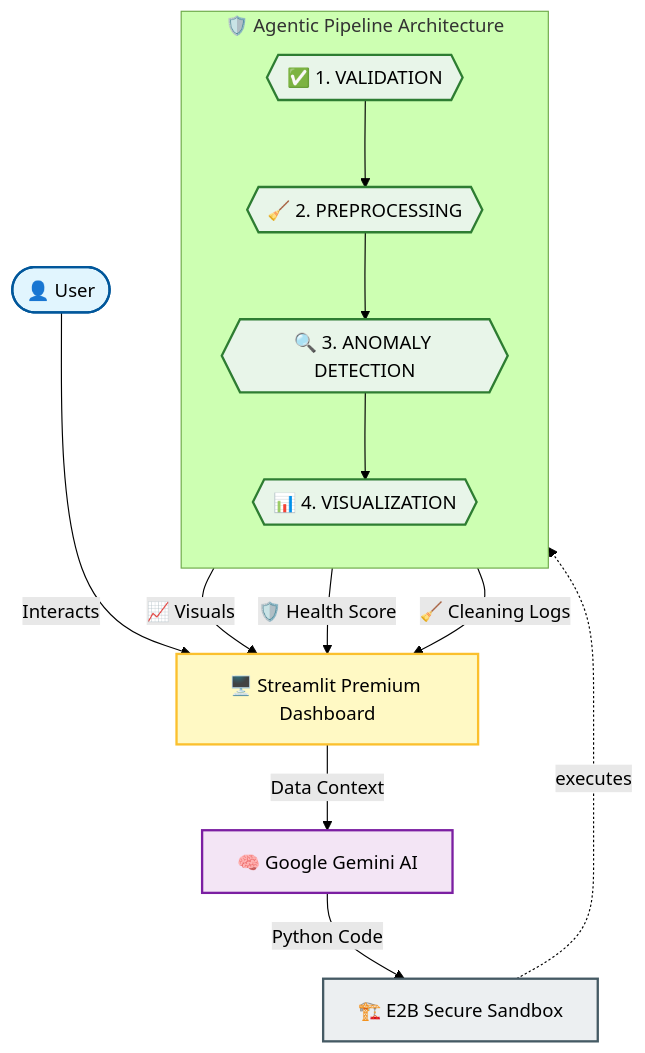
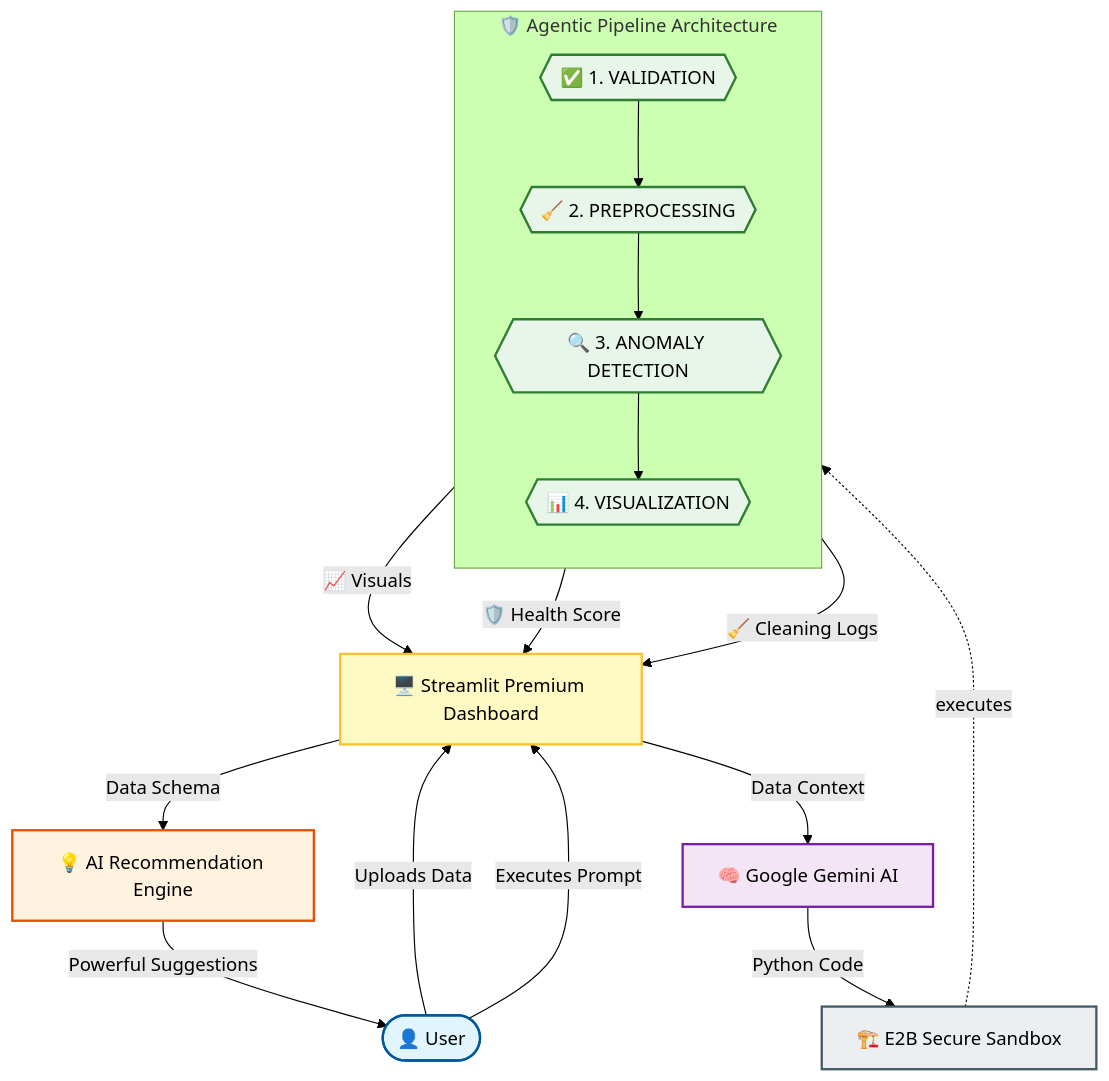
Before and after one commit to Arvindtechicon/Agentic-Data-Sanitizer: the diagram in README.md, drawn with Mermaid (forest theme). The commit also changed other lines of this file and 2 other files, not shown here.

Commit message:
Comprehensive Update: Dirty data injection, Architecture refresh (Mermaid), and Documentation v1.5 alignment

````diff
--- a/README.md
+++ b/README.md
@@ -36,40 +33,46 @@
 ```mermaid
 flowchart TD
     %% Node Definitions
     User([👤 User])
     UI[🖥️ Streamlit Premium Dashboard]
+    Recs[💡 AI Recommendation Engine]
     LLM[🧠 Google Gemini AI]
     Sandbox[🏗️ E2B Secure Sandbox]
     
     subgraph Pipeline [🛡️ Agentic Pipeline Architecture]
         direction TB
         V{{✅ 1. VALIDATION}}
         P{{🧹 2. PREPROCESSING}}
         A{{🔍 3. ANOMALY DETECTION}}
         Z{{📊 4. VISUALIZATION}}
         V --> P --> A --> Z
     end
 
     %% Connections
-    User -->|Interacts| UI
+    User -->|Uploads Data| UI
+    UI -->|Data Schema| Recs
+    Recs -->|Powerful Suggestions| User
+    User -->|Executes Prompt| UI
     UI -->|Data Context| LLM
     LLM -->|Python Code| Sandbox
     Sandbox -. executes .-> Pipeline
     
     Z -->|📈 Visuals| UI
     V -->|🛡️ Health Score| UI
     P -->|🧹 Cleaning Logs| UI
 
-    %% Styling for Premium Look
+    %% Styling 
     classDef user fill:#e1f5fe,stroke:#01579b,stroke-width:2px;
     classDef ui fill:#fff9c4,stroke:#fbc02d,stroke-width:2px;
     classDef ai fill:#f3e5f5,stroke:#7b1fa2,stroke-width:2px;
     classDef sandbox fill:#eceff1,stroke:#455a64,stroke-width:2px;
     classDef pipe fill:#e8f5e9,stroke:#2e7d32,stroke-width:2px;
+    classDef recs fill:#fff3e0,stroke:#e65100,stroke-width:2px;
 
     class User user;
     class UI ui;
     class LLM ai;
     class Sandbox sandbox;
     class V,P,A,Z pipe;
+    class Recs recs;
 ```
````
